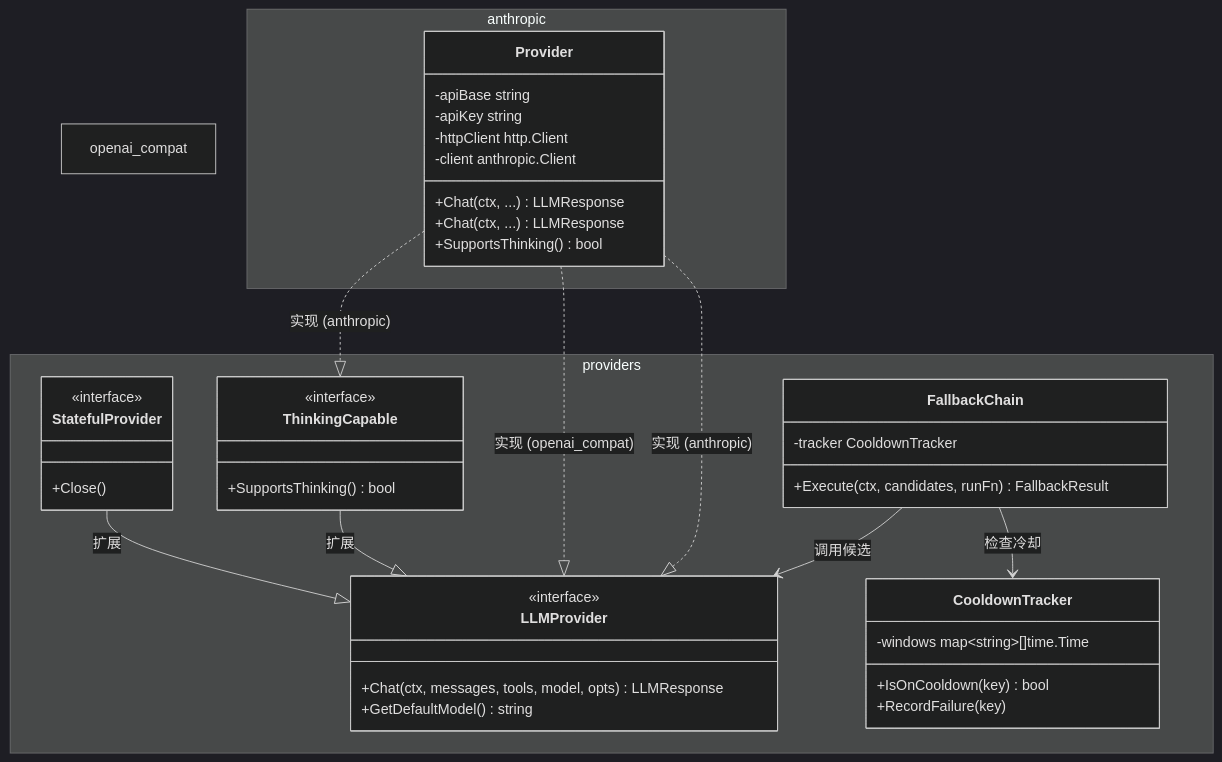
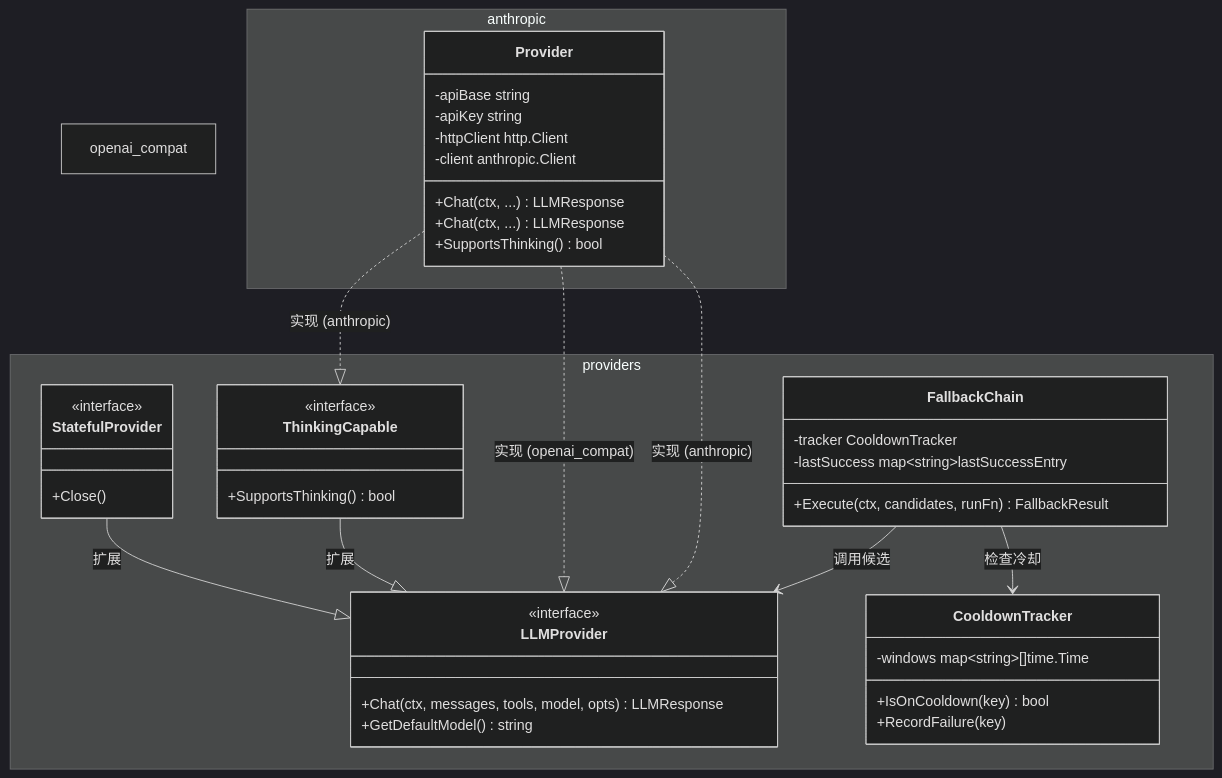
The third of 5 diagrams in docs/architecture.md (seagochen/geekclaw), drawn with Mermaid (dark theme) before and after one commit. The commit also changed other lines of this file and 8 other files, not shown here.

````diff
--- a/docs/architecture.md
+++ b/docs/architecture.md
@@ -179,54 +188,55 @@
 ```mermaid
 classDiagram
     direction TB
 
     namespace providers {
         class LLMProvider {
             <<interface>>
             +Chat(ctx, messages, tools, model, opts) LLMResponse
             +GetDefaultModel() string
         }
         class StatefulProvider {
             <<interface>>
             +Close()
         }
         class ThinkingCapable {
             <<interface>>
             +SupportsThinking() bool
         }
         class FallbackChain {
             -tracker CooldownTracker
+            -lastSuccess map~string~lastSuccessEntry
             +Execute(ctx, candidates, runFn) FallbackResult
         }
         class CooldownTracker {
             -windows map~string~[]time.Time
             +IsOnCooldown(key) bool
             +RecordFailure(key)
         }
     }
 
     namespace openai_compat {
         class Provider {
             -apiBase string
             -apiKey string
             -httpClient http.Client
             +Chat(ctx, ...) LLMResponse
         }
     }
 
     namespace anthropic {
         class Provider {
             -client anthropic.Client
             +Chat(ctx, ...) LLMResponse
             +SupportsThinking() bool
         }
     }
 
     StatefulProvider --|> LLMProvider : 扩展
     ThinkingCapable --|> LLMProvider : 扩展
     Provider ..|> LLMProvider : 实现 (openai_compat)
     Provider ..|> LLMProvider : 实现 (anthropic)
     Provider ..|> ThinkingCapable : 实现 (anthropic)
     FallbackChain --> LLMProvider : 调用候选
     FallbackChain --> CooldownTracker : 检查冷却
 ```
````
